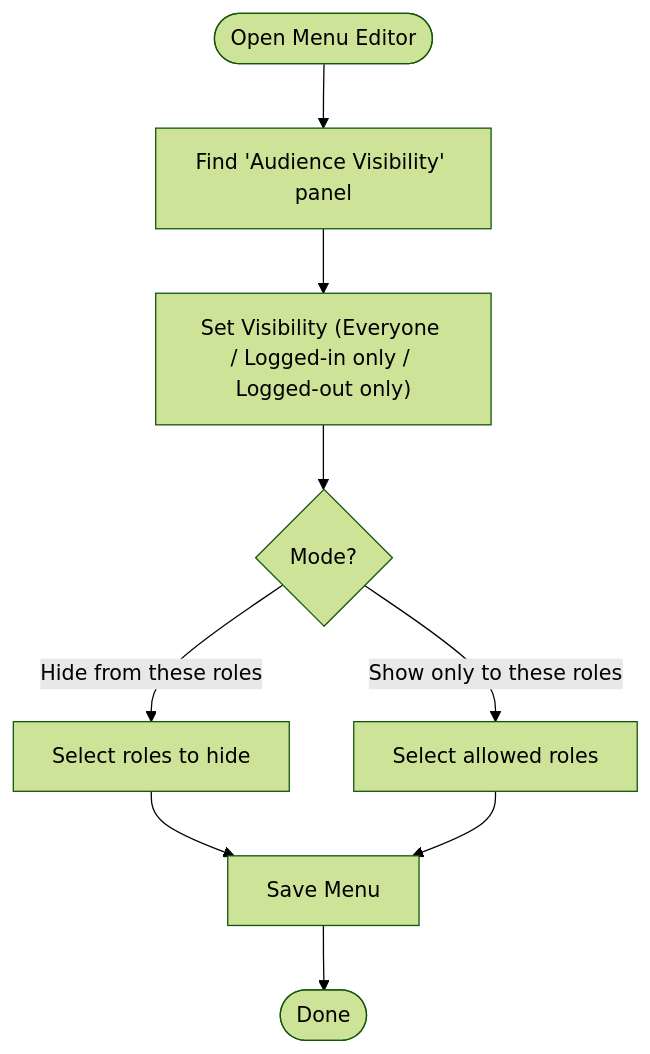
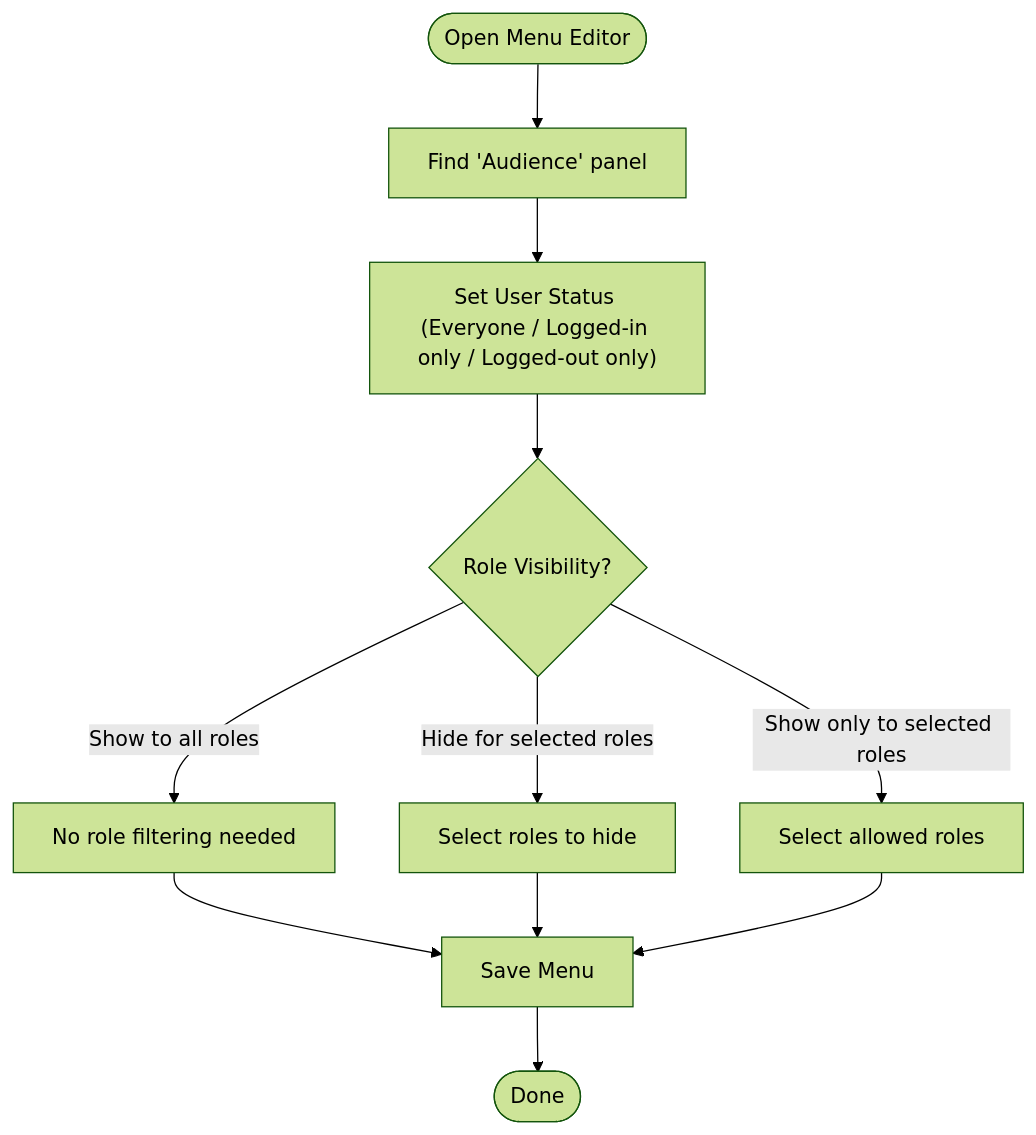
The third of 5 diagrams in .qoder/repowiki/en/content/Getting Started.md (mahfuzurwp/hide-menu-items-by-role), drawn with Mermaid (forest theme) before and after one commit. The commit also changed other lines of this file and 8 other files, not shown here.

````diff
--- a/.qoder/repowiki/en/content/Getting Started.md
+++ b/.qoder/repowiki/en/content/Getting Started.md
@@ -129,11 +143,13 @@
 ```mermaid
 flowchart TD
-Start(["Open Menu Editor"]) --> Panel["Find 'Audience Visibility' panel"]
-Panel --> SetLogin["Set Visibility (Everyone / Logged-in only / Logged-out only)"]
-SetLogin --> SetMode{"Mode?"}
-SetMode --> |Hide from these roles| SelectRolesHide["Select roles to hide"]
-SetMode --> |Show only to these roles| SelectRolesShow["Select allowed roles"]
-SelectRolesHide --> Save["Save Menu"]
+Start(["Open Menu Editor"]) --> Panel["Find 'Audience' panel"]
+Panel --> SetStatus["Set User Status (Everyone / Logged-in only / Logged-out only)"]
+SetStatus --> SetMode{"Role Visibility?"}
+SetMode --> |Show to all roles| NoRoles["No role filtering needed"]
+SetMode --> |Hide for selected roles| SelectRolesHide["Select roles to hide"]
+SetMode --> |Show only to selected roles| SelectRolesShow["Select allowed roles"]
+NoRoles --> Save["Save Menu"]
+SelectRolesHide --> Save
 SelectRolesShow --> Save
 Save --> End(["Done"])
 ```
````
